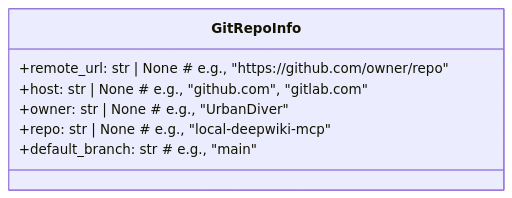
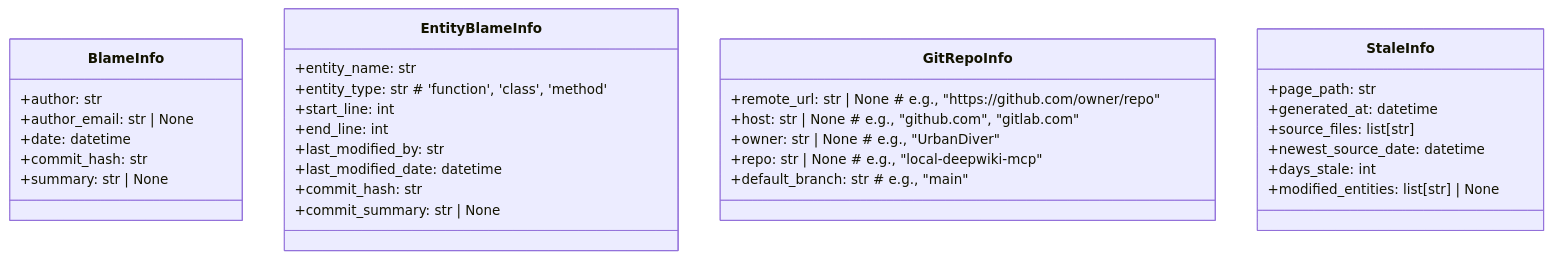
Before and after one commit to UrbanDiver/local-deepwiki-mcp: the first of 2 diagrams in .deepwiki/files/src/local_deepwiki/core/git_utils.md, drawn with Mermaid. The commit also changed other lines of this file and 55 other files, not shown here.

````diff
--- a/.deepwiki/files/src/local_deepwiki/core/git_utils.md
+++ b/.deepwiki/files/src/local_deepwiki/core/git_utils.md
@@ -446,10 +940,35 @@
 ```mermaid
 classDiagram
+    class BlameInfo {
+        +author: str
+        +author_email: str | None
+        +date: datetime
+        +commit_hash: str
+        +summary: str | None
+    }
+    class EntityBlameInfo {
+        +entity_name: str
+        +entity_type: str  # 'function', 'class', 'method'
+        +start_line: int
+        +end_line: int
+        +last_modified_by: str
+        +last_modified_date: datetime
+        +commit_hash: str
+        +commit_summary: str | None
+    }
     class GitRepoInfo {
         +remote_url: str | None  # e.g., "https://github.com/owner/repo"
         +host: str | None  # e.g., "github.com", "gitlab.com"
         +owner: str | None  # e.g., "UrbanDiver"
         +repo: str | None  # e.g., "local-deepwiki-mcp"
         +default_branch: str  # e.g., "main"
     }
+    class StaleInfo {
+        +page_path: str
+        +generated_at: datetime
+        +source_files: list[str]
+        +newest_source_date: datetime
+        +days_stale: int
+        +modified_entities: list[str] | None
+    }
 ```
````
